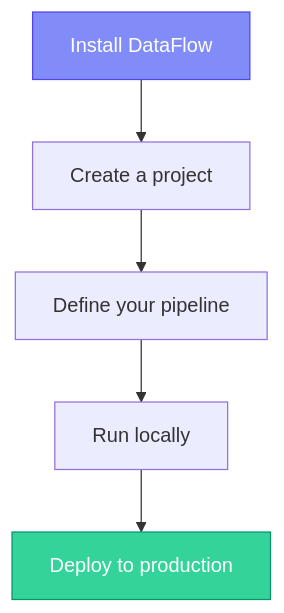
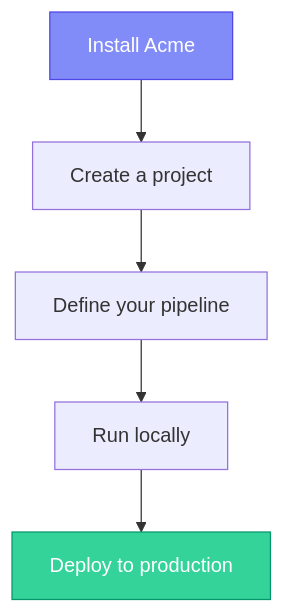
The diagram in getting-started/README.md (acme-saas/docs), drawn with Mermaid before and after one commit. The commit also changed other lines of this file and 32 other files, not shown here.

````diff
--- a/getting-started/README.md
+++ b/getting-started/README.md
@@ -9,10 +9,10 @@
 ```mermaid
 graph TD
-    A[Install DataFlow] --> B[Create a project]
+    A[Install Acme] --> B[Create a project]
     B --> C[Define your pipeline]
     C --> D[Run locally]
     D --> E[Deploy to production]
 
     style A fill:#818cf8,stroke:#4f46e5,color:#fff
     style E fill:#34d399,stroke:#059669,color:#fff
 ```
````
